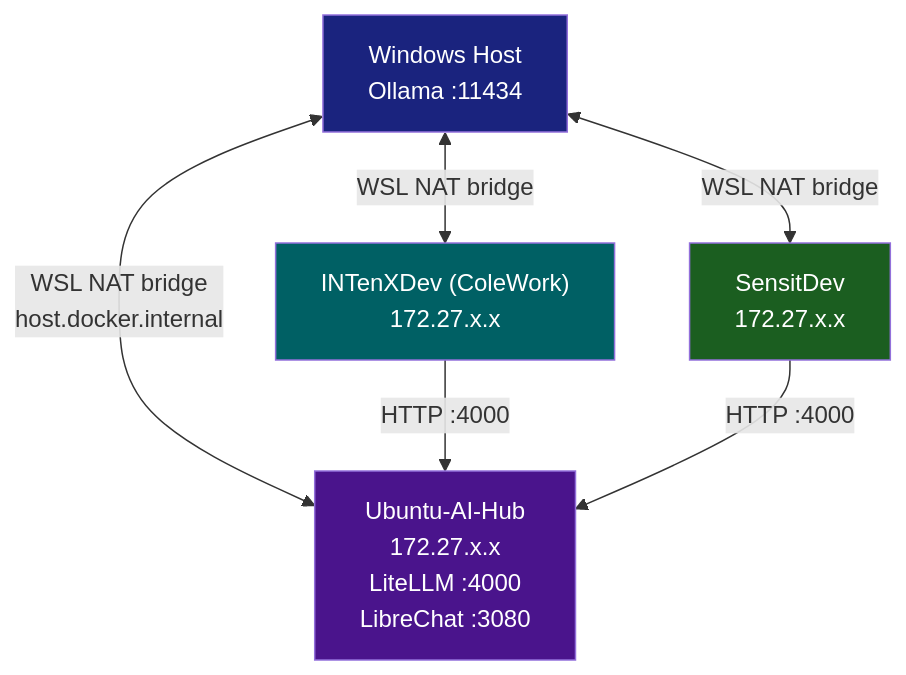
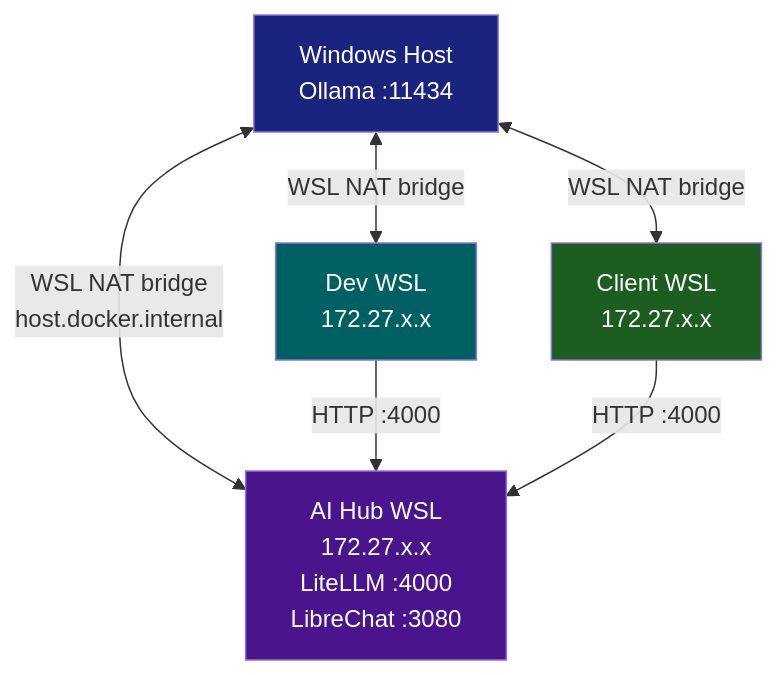
The second of 2 diagrams in docs/architecture/overview.md (INTenX/rtgf-sage), drawn with Mermaid before and after one commit. The commit also changed other lines of this file and 8 other files, not shown here.

````diff
--- a/docs/architecture/overview.md
+++ b/docs/architecture/overview.md
@@ -79,19 +79,19 @@
 ```mermaid
 graph TD
     WIN["Windows Host\nOllama :11434"]
-    HUB["Ubuntu-AI-Hub\n172.27.x.x\nLiteLLM :4000\nLibreChat :3080"]
-    CW["INTenXDev (ColeWork)\n172.27.x.x"]
-    SD["SensitDev\n172.27.x.x"]
+    HUB["AI Hub WSL\n172.27.x.x\nLiteLLM :4000\nLibreChat :3080"]
+    CW["Dev WSL\n172.27.x.x"]
+    SD["Client WSL\n172.27.x.x"]
 
     WIN <-->|"WSL NAT bridge\nhost.docker.internal"| HUB
     WIN <-->|"WSL NAT bridge"| CW
     WIN <-->|"WSL NAT bridge"| SD
 
     CW -->|"HTTP :4000"| HUB
     SD -->|"HTTP :4000"| HUB
 
     style WIN fill:#1a237e,color:#fff
     style HUB fill:#4a148c,color:#fff
     style CW fill:#006064,color:#fff
     style SD fill:#1b5e20,color:#fff
 ```
````
